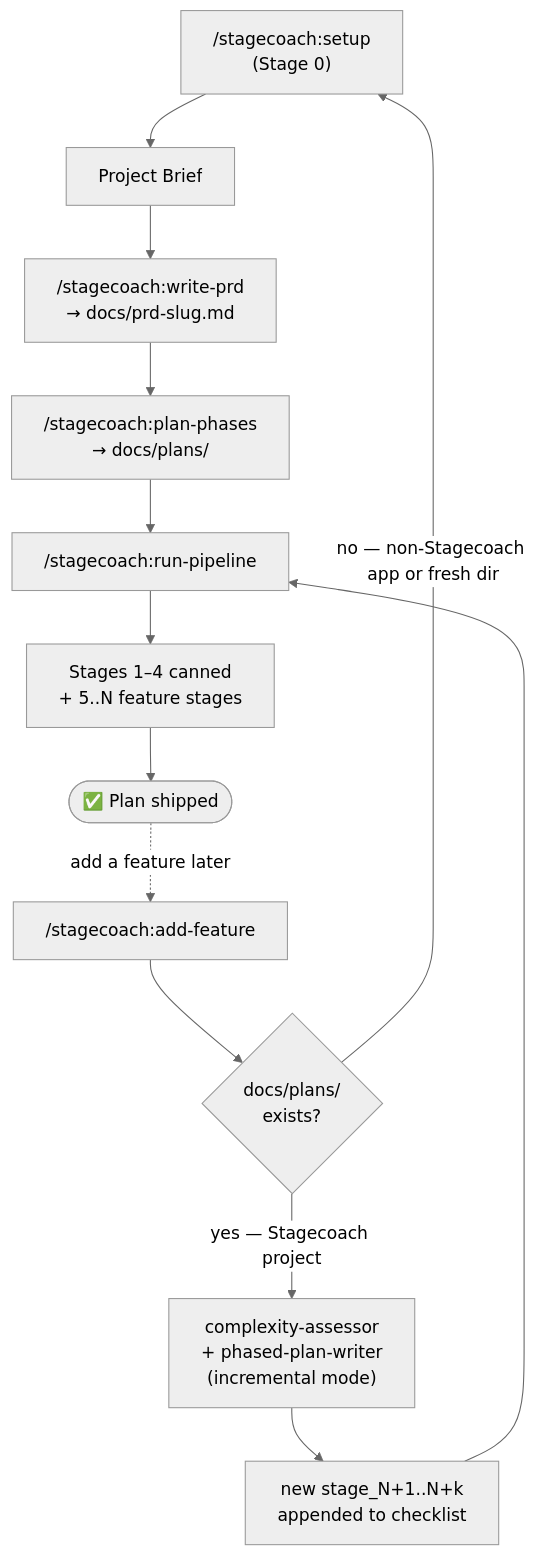
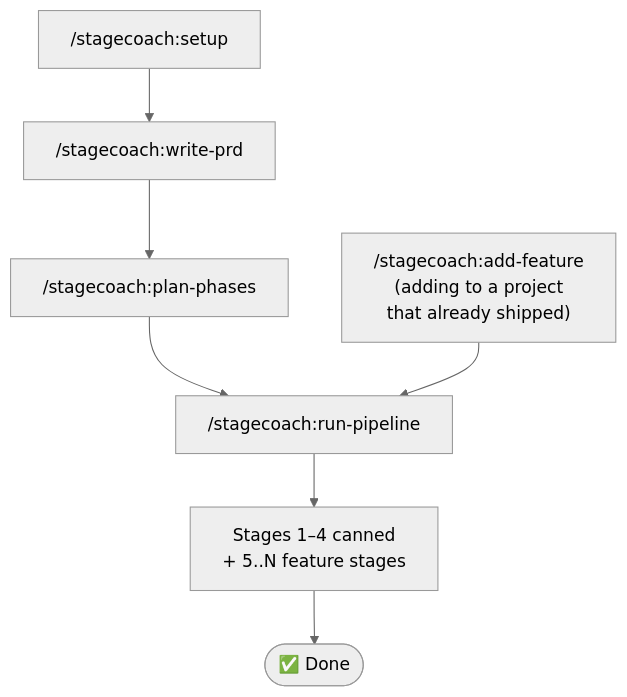
The diagram in README.md (steve-piece/Stagecoach), drawn with Mermaid (neutral theme) before and after one commit. The commit also changed other lines of this file, not shown here.

````diff
--- a/README.md
+++ b/README.md
@@ -34,17 +34,10 @@
 ```mermaid
 flowchart TD
-    Setup["/stagecoach:setup<br/>(Stage 0)"]
-    Setup --> Brief["Project Brief"]
-    Brief --> PRD["/stagecoach:write-prd<br/>→ docs/prd-slug.md"]
-    PRD --> Phased["/stagecoach:plan-phases<br/>→ docs/plans/"]
+    Setup["/stagecoach:setup"]
+    Setup --> PRD["/stagecoach:write-prd"]
+    PRD --> Phased["/stagecoach:plan-phases"]
     Phased --> Run["/stagecoach:run-pipeline"]
+    Add["/stagecoach:add-feature<br/>(adding to a project<br/>that already shipped)"] --> Run
     Run --> Stages["Stages 1–4 canned<br/>+ 5..N feature stages"]
-    Stages --> Done(["✅ Plan shipped"])
-
-    Done -.->|"add a feature later"| Add["/stagecoach:add-feature"]
-    Add --> Detect{"docs/plans/<br/>exists?"}
-    Detect -->|"yes — Stagecoach project"| Assess["complexity-assessor<br/>+ phased-plan-writer<br/>(incremental mode)"]
-    Detect -->|"no — non-Stagecoach app or fresh dir"| Setup
-    Assess --> NewStages["new stage_N+1..N+k<br/>appended to checklist"]
-    NewStages --> Run
+    Stages --> Done(["✅ Done"])
 ```
````
